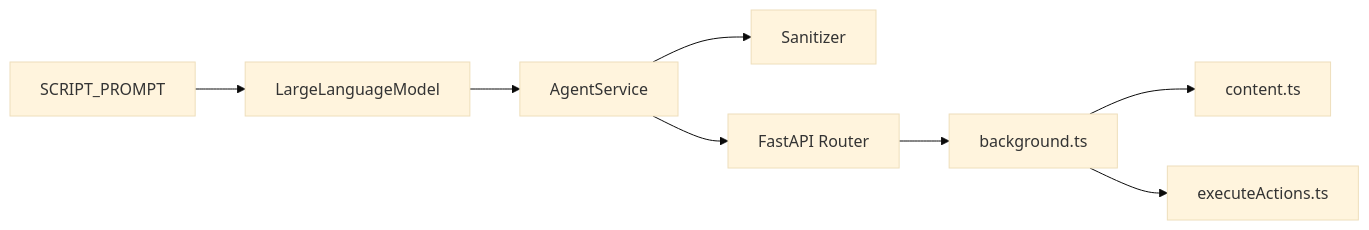
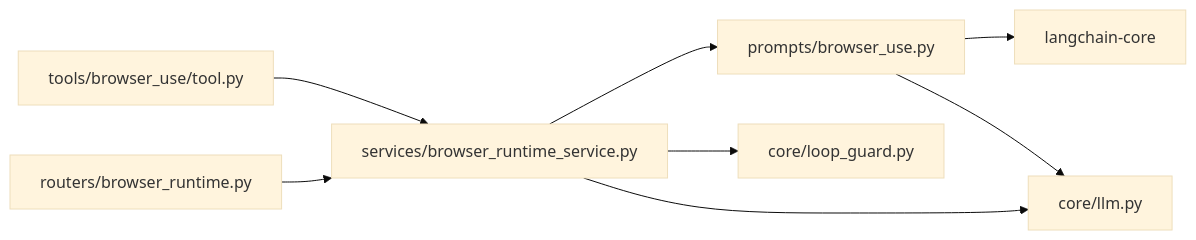
The fifth of 5 diagrams in src/data/docs/agentic-browser/Prompts and Prompt Engineering/Browser Automation Prompts.md (tashifkhan/tashif.codes), drawn with Mermaid (base theme) before and after one commit. The commit also changed other lines of this file and 114 other files, not shown here.

````diff
--- a/src/data/docs/agentic-browser/Prompts and Prompt Engineering/Browser Automation Prompts.md
+++ b/src/data/docs/agentic-browser/Prompts and Prompt Engineering/Browser Automation Prompts.md
@@ -182,10 +156,10 @@
 ```mermaid
 graph LR
-PT["SCRIPT_PROMPT"] --> LLM["LargeLanguageModel"]
-LLM --> SVC["AgentService"]
-SVC --> SAN["Sanitizer"]
-SVC --> API["FastAPI Router"]
-API --> BG["background.ts"]
-BG --> CT["content.ts"]
-BG --> UA["executeActions.ts"]
+  PB["prompts/browser_use.py"] --> LC["langchain-core"]
+  PB --> LLM["core/llm.py"]
+  SVC["services/browser_runtime_service.py"] --> PB
+  SVC --> LG["core/loop_guard.py"]
+  SVC --> LLM
+  TOOL["tools/browser_use/tool.py"] --> SVC
+  ROUTE["routers/browser_runtime.py"] --> SVC
 ```
````
